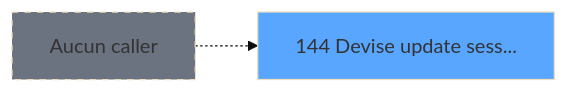
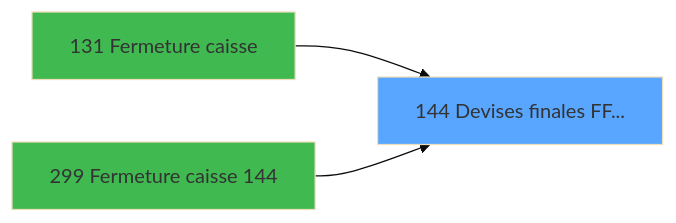
Before and after one commit to thonyAGP/lecteur-magic: the second of 3 diagrams in .openspec/specs/ADH-IDE-144.md, drawn with Mermaid (base theme). The commit also changed other lines of this file and 493 other files, not shown here.

````diff
--- a/.openspec/specs/ADH-IDE-144.md
+++ b/.openspec/specs/ADH-IDE-144.md
@@ -160,8 +202,11 @@
 ```mermaid
 graph LR
-    T144[144 Devise update sess...]
+    T144[144 Devises finales FF...]
     style T144 fill:#58a6ff
-    NONE[Aucun caller]
-    NONE -.-> T144
-    style NONE fill:#6b7280,stroke-dasharray: 5 5
+    CALLER131[131 Fermeture caisse]
+    CALLER131 --> T144
+    style CALLER131 fill:#3fb950
+    CALLER299[299 Fermeture caisse 144]
+    CALLER299 --> T144
+    style CALLER299 fill:#3fb950
 ```
````
